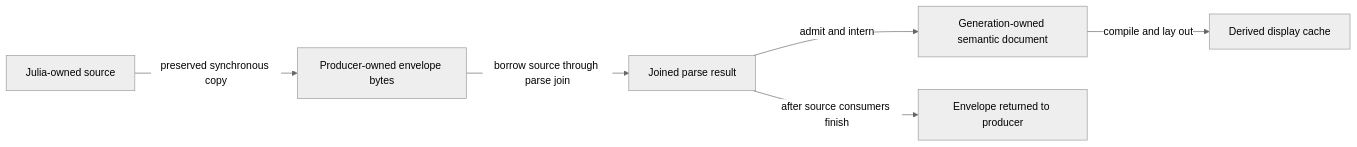
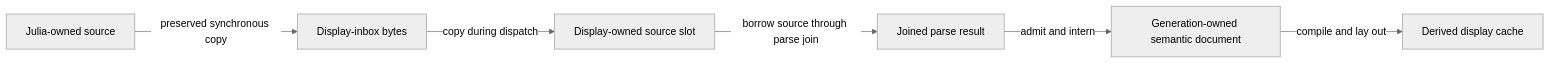
Before and after one commit to derekshoneycutt/Euclid: the second of 2 diagrams in docs/wiki/Guides/MemoryArchitecture.md, drawn with Mermaid (neutral theme). The commit also changed other lines of this file and 46 other files, not shown here.

Commit message:
Move to consumer owned mailboxes for the Display-Julia threads communications primarily

````diff
--- a/docs/wiki/Guides/MemoryArchitecture.md
+++ b/docs/wiki/Guides/MemoryArchitecture.md
@@ -566,15 +590,15 @@
 ```mermaid
 flowchart LR
     Julia["Julia-owned source"]
-    Envelope["Producer-owned envelope bytes"]
+    Envelope["Display-inbox bytes"]
+    Owned["Display-owned source slot"]
     Parse["Joined parse result"]
     Document["Generation-owned semantic document"]
     Cache["Derived display cache"]
-    Return["Envelope returned to producer"]
 
     Julia -->|"preserved synchronous copy"| Envelope
-    Envelope -->|"borrow source through parse join"| Parse
+    Envelope -->|"copy during dispatch"| Owned
+    Owned -->|"borrow source through parse join"| Parse
     Parse -->|"admit and intern"| Document
     Document -->|"compile and lay out"| Cache
-    Parse -->|"after source consumers finish"| Return
 ```
````
